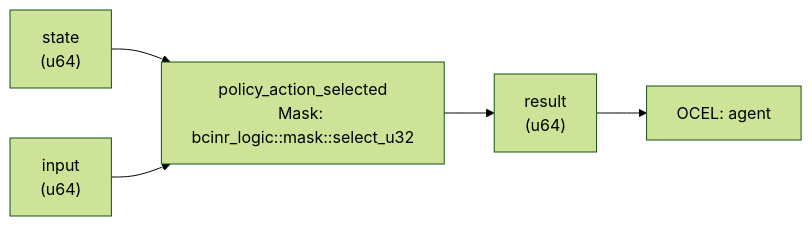
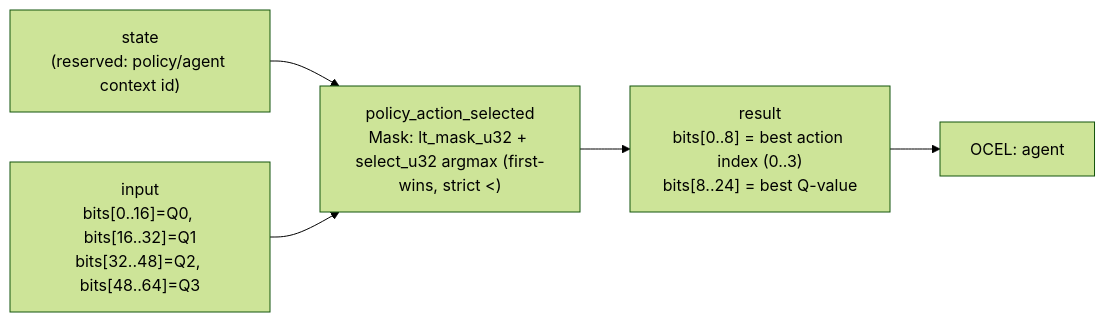
The diagram in crates/wasm4games/docs/patterns/policy_action_selected.md (seanchatmangpt/bcinr), drawn with Mermaid (forest theme) before and after one commit. The commit also changed other lines of this file and 36 other files, not shown here.

````diff
--- a/crates/wasm4games/docs/patterns/policy_action_selected.md
+++ b/crates/wasm4games/docs/patterns/policy_action_selected.md
@@ -56,12 +38,12 @@
 ```mermaid
 graph LR
-    state["state\n(u64)"]
-    input["input\n(u64)"]
-    kernel["policy_action_selected\nMask: bcinr_logic::mask::select_u32"]
-    result["result\n(u64)"]
+    state["state\n(reserved: policy/agent context id)"]
+    input["input\nbits[0..16]=Q0, bits[16..32]=Q1\nbits[32..48]=Q2, bits[48..64]=Q3"]
+    kernel["policy_action_selected\nMask: lt_mask_u32 + select_u32 argmax (first-wins, strict <)"]
+    result["result\nbits[0..8] = best action index (0..3)\nbits[8..24] = best Q-value"]
     state --> kernel
     input --> kernel
     kernel --> result
     ocel_0["OCEL: agent"]
     result --> ocel_0
 ```
````
